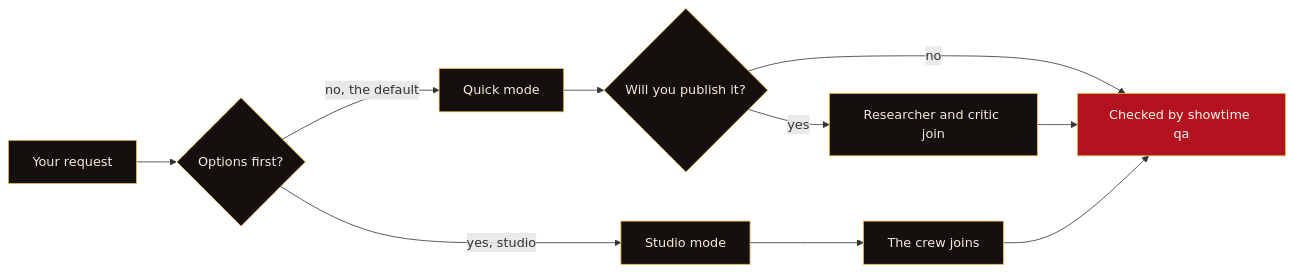
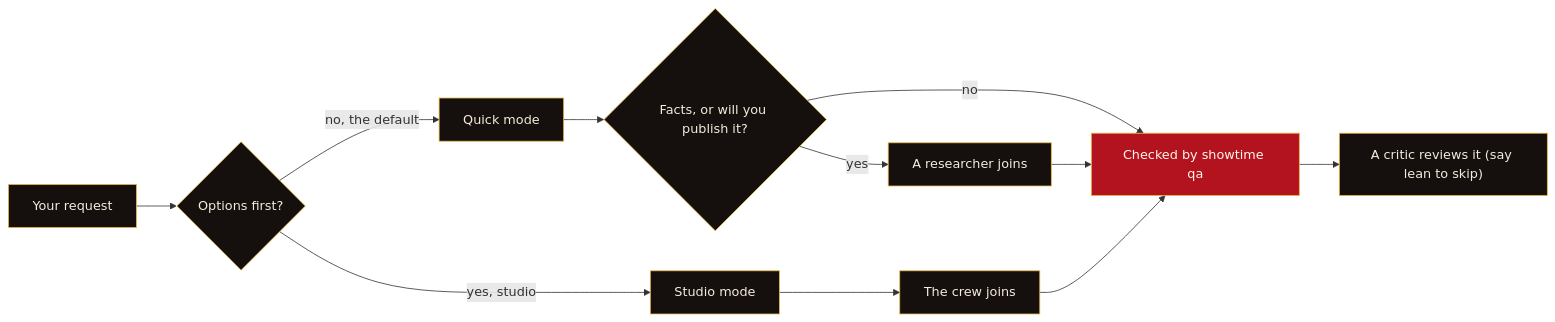
Before and after one commit to FavioVazquez/showtime: the diagram in README.md, drawn with Mermaid. The commit also changed other lines of this file and 205 other files, not shown here.

````diff
--- a/README.md
+++ b/README.md
@@ -636,16 +649,17 @@
 ```mermaid
 flowchart LR
   R["Your request"] --> Q{"Options first?"}
   Q -->|"no, the default"| QM["Quick mode"]
   Q -->|"yes, studio"| SM["Studio mode"]
-  QM --> P{"Will you publish it?"}
-  P -->|"yes"| RC["Researcher and critic join"]
+  QM --> P{"Facts, or will you publish it?"}
+  P -->|"yes"| RS["A researcher joins"]
   P -->|"no"| D["Checked by showtime qa"]
-  RC --> D
+  RS --> D
   SM --> CR["The crew joins"]
   CR --> D
+  D --> RC["A critic reviews it (say lean to skip)"]
   classDef st fill:#15100E,stroke:#E9B949,color:#F5EBDC
   classDef hot fill:#B3121F,stroke:#E9B949,color:#FFF7EC
-  class R,Q,QM,SM,P,RC,CR st
+  class R,Q,QM,SM,P,RS,CR,RC st
   class D hot
 ```
````
